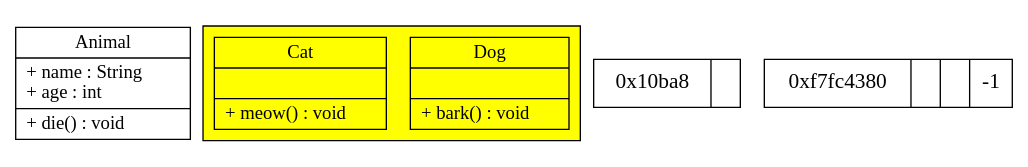
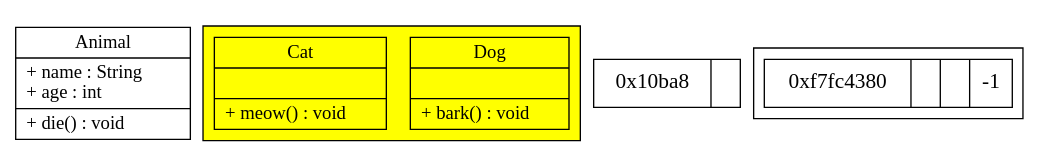
The diagram in dpdk/内存管理.md (sisyphus1212/note), drawn with Graphviz before and after one commit. The commit also changed other lines of this file, not shown here.

````diff
--- a/dpdk/内存管理.md
+++ b/dpdk/内存管理.md
@@ -79,27 +79,27 @@
 ```graphviz
 digraph g {
 	Animal[label = "{Animal | + name : String\l+ age : int\l |+ die() : void\l}", shape = "record" ];
 	subgraph clusterAnimalImpl{
 		bgcolor = "yellow";
 		Dog[label = "{Dog| |+ bark() : void\l}" , shape = "record"];
 		Cat[label = "{Cat| |+ meow() : void\l}" , shape = "record"];
 	};
 	node [
 	fontsize = "16"
 	shape = "ellipse"
 	];
 	"node0" [
 		rankdir=TB;
 		label = "<f0> 0x10ba8| <f1>"
 		shape = "record"
 	];
 	subgraph cluster_0 {
 		rankdir=TB;
-
-	}
 	"node1" [
 	label = "<f0> 0xf7fc4380| <f1> | <f2> |-1"
 	shape = "record"
 	];
+	}
+
 }
 ```
````
